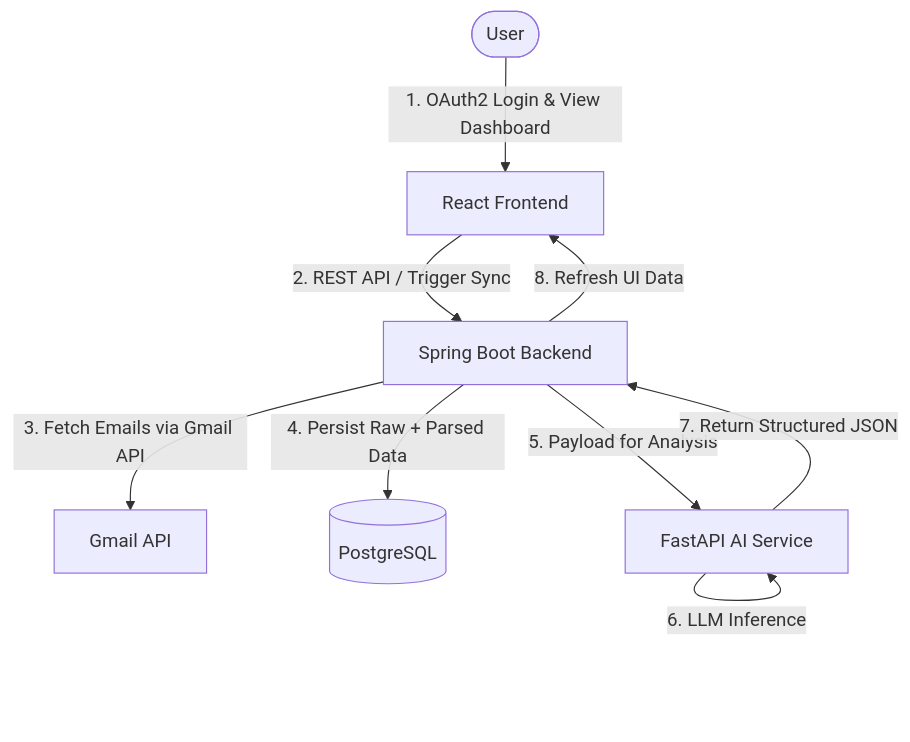
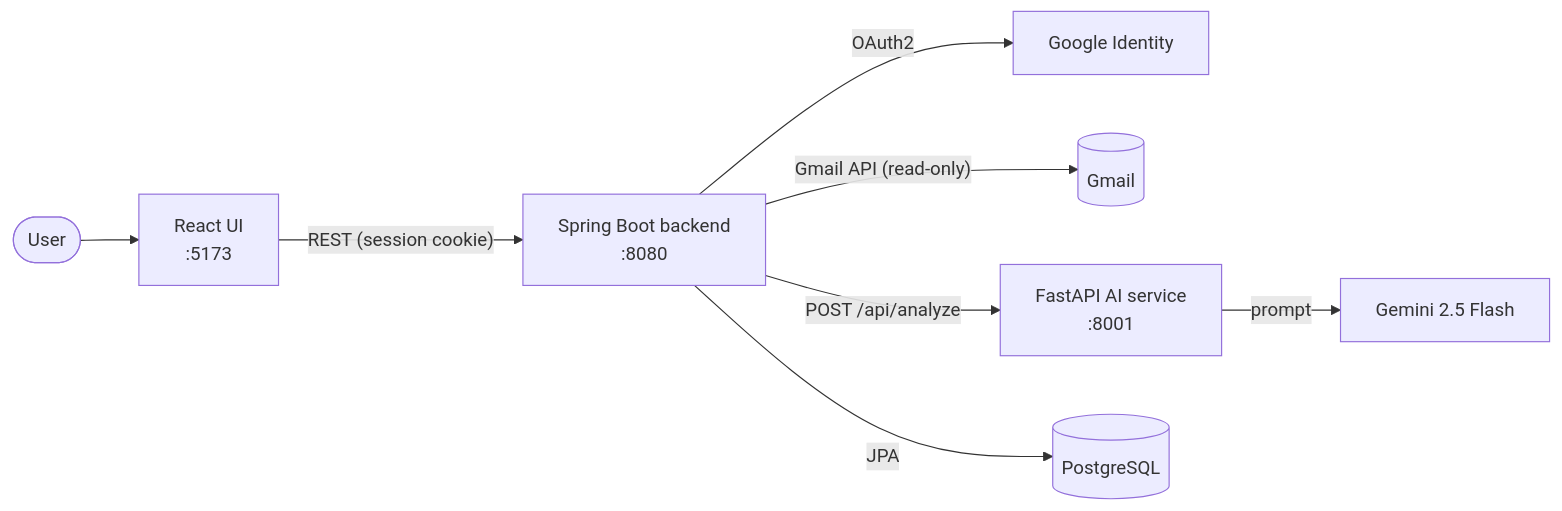
The first of 3 diagrams in README.md (hasanerzz/mail-analysis-hub), drawn with Mermaid before and after one commit. The commit also changed other lines of this file, not shown here.

Commit message:
Rewrite README with architecture, setup guide and screenshots

````diff
--- a/README.md
+++ b/README.md
@@ -17,11 +48,10 @@
 ```mermaid
-graph TD
-    User([User]) -->|1. OAuth2 Login & View Dashboard| FE[React Frontend]
-    FE -->|2. REST API / Trigger Sync| BE[Spring Boot Backend]
-    BE -->|3. Fetch Emails via Gmail API| Gmail[Gmail API]
-    BE -->|4. Persist Raw + Parsed Data| DB[(PostgreSQL)]
-    BE -->|5. Payload for Analysis| AI[FastAPI AI Service]
-    AI -->|6. LLM Inference| AI
-    AI -->|7. Return Structured JSON| BE
-    BE -->|8. Refresh UI Data| FE
+flowchart LR
+    User([User]) --> UI["React UI<br/>:5173"]
+    UI -- "REST (session cookie)" --> BE["Spring Boot backend<br/>:8080"]
+    BE -- OAuth2 --> Google[Google Identity]
+    BE -- "Gmail API (read-only)" --> Gmail[(Gmail)]
+    BE -- "POST /api/analyze" --> AI["FastAPI AI service<br/>:8001"]
+    AI -- prompt --> LLM[Gemini 2.5 Flash]
+    BE -- JPA --> DB[(PostgreSQL)]
 ```
````
